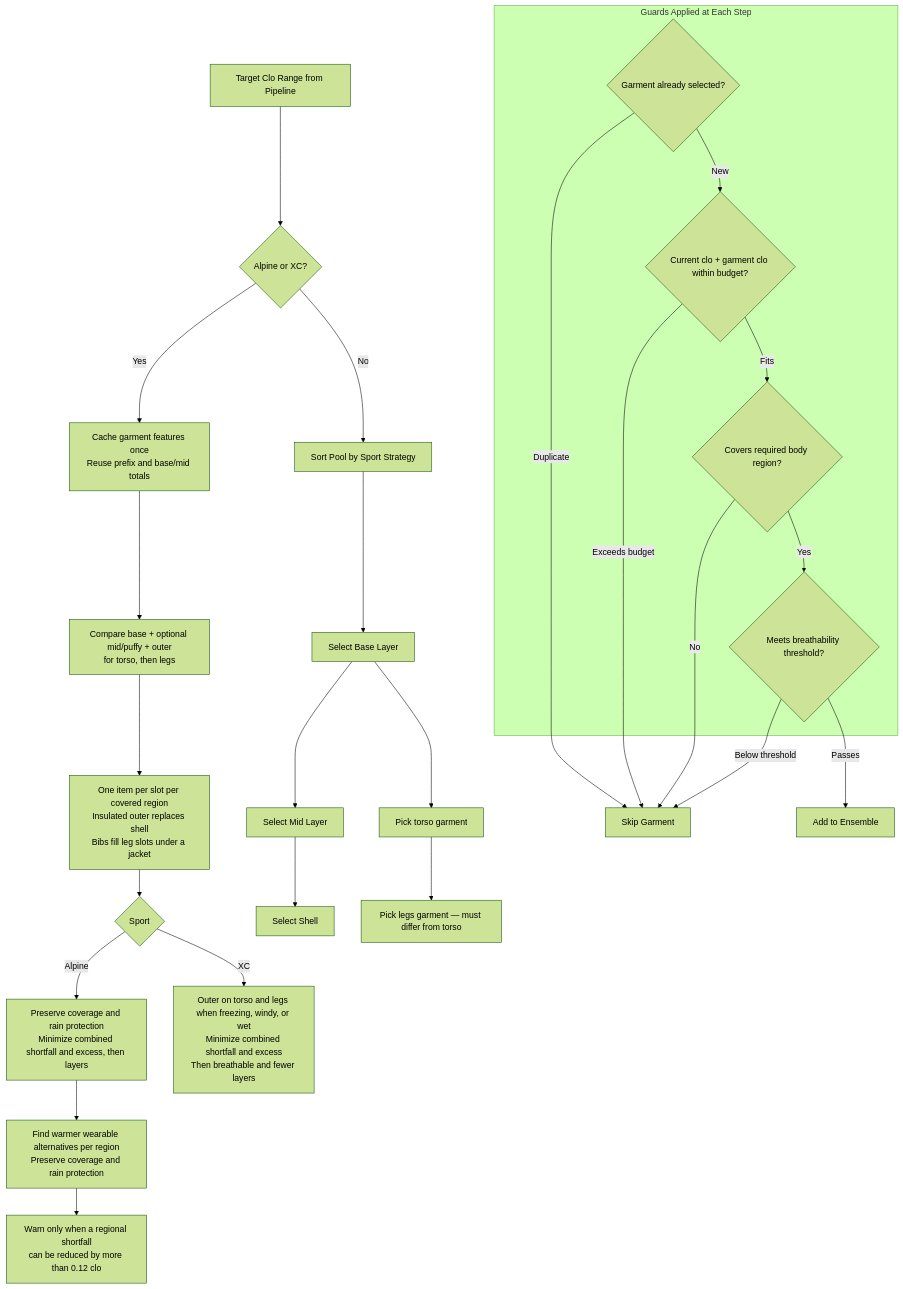
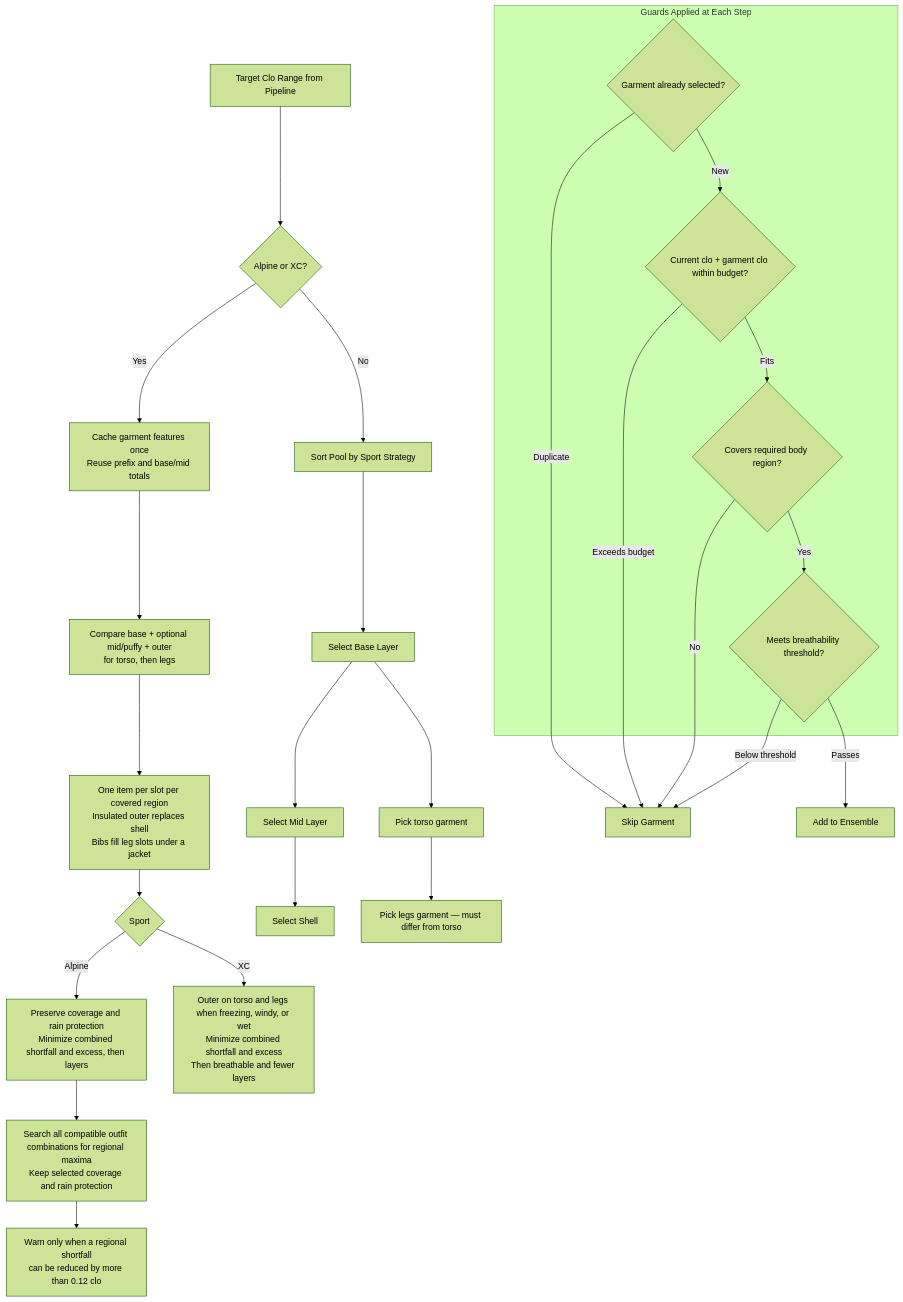
The third of 7 diagrams in README.md (derobertsw/swttr), drawn with Mermaid (forest theme) before and after one commit. The commit also changed 7 other files, not shown here.

Commit message:
Search complete wearable outfits for alpine warning capacity

````diff
--- a/README.md
+++ b/README.md
@@ -130,35 +130,35 @@
 ```mermaid
 graph TD
     START[Target Clo Range from Pipeline] --> SPORT{Alpine or XC?}
     SPORT -->|Yes| CACHE[Cache garment features once<br/>Reuse prefix and base/mid totals]
     CACHE --> COMB[Compare base + optional mid/puffy + outer<br/>for torso, then legs]
     COMB --> CAP[One item per slot per covered region<br/>Insulated outer replaces shell<br/>Bibs fill leg slots under a jacket]
     CAP --> RANK{Sport}
     RANK -->|Alpine| REG[Preserve coverage and rain protection<br/>Minimize combined shortfall and excess, then layers]
-    REG --> WARM[Find warmer wearable alternatives per region<br/>Preserve coverage and rain protection]
+    REG --> WARM[Search all compatible outfit combinations for regional maxima<br/>Keep selected coverage and rain protection]
     WARM --> WARN[Warn only when a regional shortfall<br/>can be reduced by more than 0.12 clo]
     RANK -->|XC| XREG[Outer on torso and legs when freezing, windy, or wet<br/>Minimize combined shortfall and excess<br/>Then breathable and fewer layers]
     SPORT -->|No| SORT[Sort Pool by Sport Strategy]
     SORT --> BASE[Select Base Layer]
     BASE --> MID[Select Mid Layer]
     MID --> SHELL[Select Shell]
 
     BASE --> T1[Pick torso garment]
     T1 --> L1[Pick legs garment — must differ from torso]
 
     subgraph "Guards Applied at Each Step"
         G1{Garment already selected?}
         G2{Current clo + garment clo within budget?}
         G3{Covers required body region?}
         G4{Meets breathability threshold?}
     end
 
     G1 -->|Duplicate| SKIP[Skip Garment]
     G1 -->|New| G2
     G2 -->|Exceeds budget| SKIP
     G2 -->|Fits| G3
     G3 -->|No| SKIP
     G3 -->|Yes| G4
     G4 -->|Below threshold| SKIP
     G4 -->|Passes| ADD[Add to Ensemble]
 ```
````
